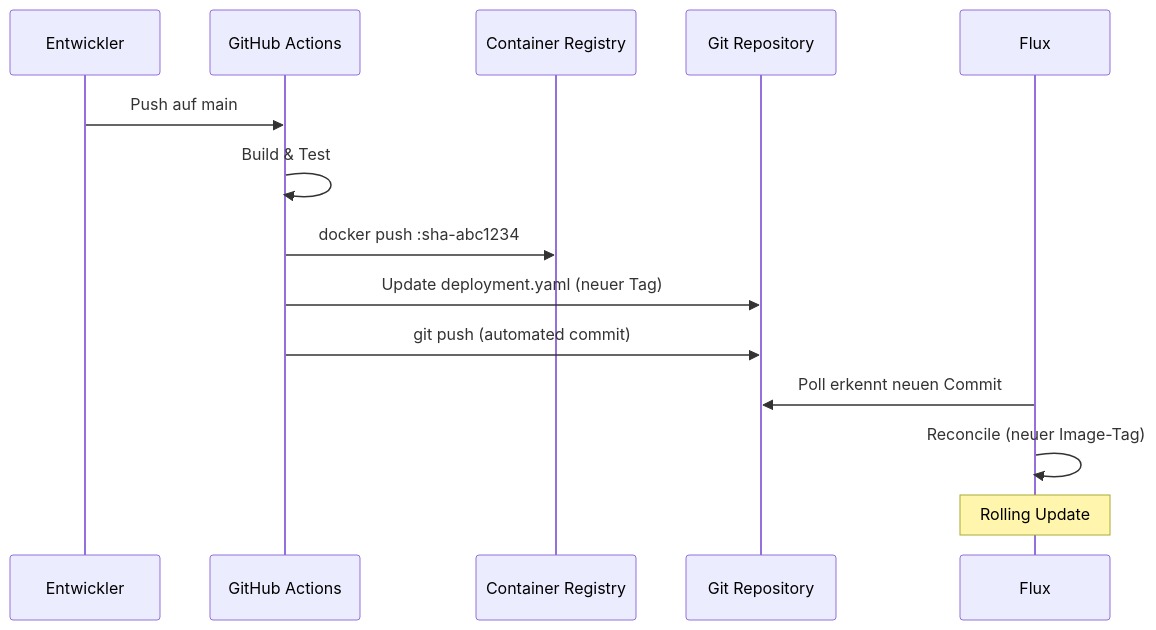
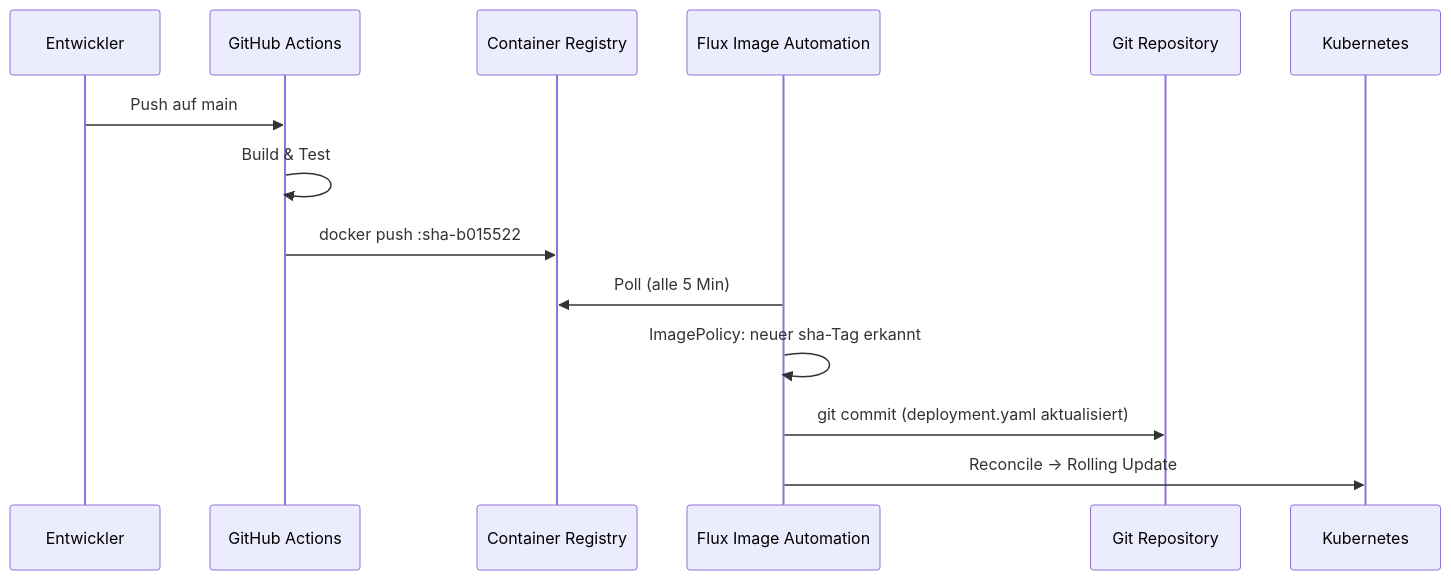
The diagram in docs/infra/modules/ROOT/pages/gitops/image-automation.adoc (tomirgang/tomsblog), drawn with Mermaid before and after one commit. The commit also changed other lines of this file and 6 other files, not shown here.

Commit message:
automate deployment with flux

```diff
--- a/docs/infra/modules/ROOT/pages/gitops/image-automation.adoc
+++ b/docs/infra/modules/ROOT/pages/gitops/image-automation.adoc
@@ -26,18 +20,18 @@
 [mermaid]
 ----
 sequenceDiagram
     participant Dev as Entwickler
     participant GH as GitHub Actions
     participant GHCR as Container Registry
+    participant FLUX as Flux Image Automation
     participant REPO as Git Repository
-    participant FLUX as Flux
+    participant K8S as Kubernetes
 
     Dev->>GH: Push auf main
     GH->>GH: Build & Test
-    GH->>GHCR: docker push :sha-abc1234
-    GH->>REPO: Update deployment.yaml (neuer Tag)
-    GH->>REPO: git push (automated commit)
-    FLUX->>REPO: Poll erkennt neuen Commit
-    FLUX->>FLUX: Reconcile (neuer Image-Tag)
-    Note over FLUX: Rolling Update
+    GH->>GHCR: docker push :sha-b015522
+    FLUX->>GHCR: Poll (alle 5 Min)
+    FLUX->>FLUX: ImagePolicy: neuer sha-Tag erkannt
+    FLUX->>REPO: git commit (deployment.yaml aktualisiert)
+    FLUX->>K8S: Reconcile → Rolling Update
 ----
```
